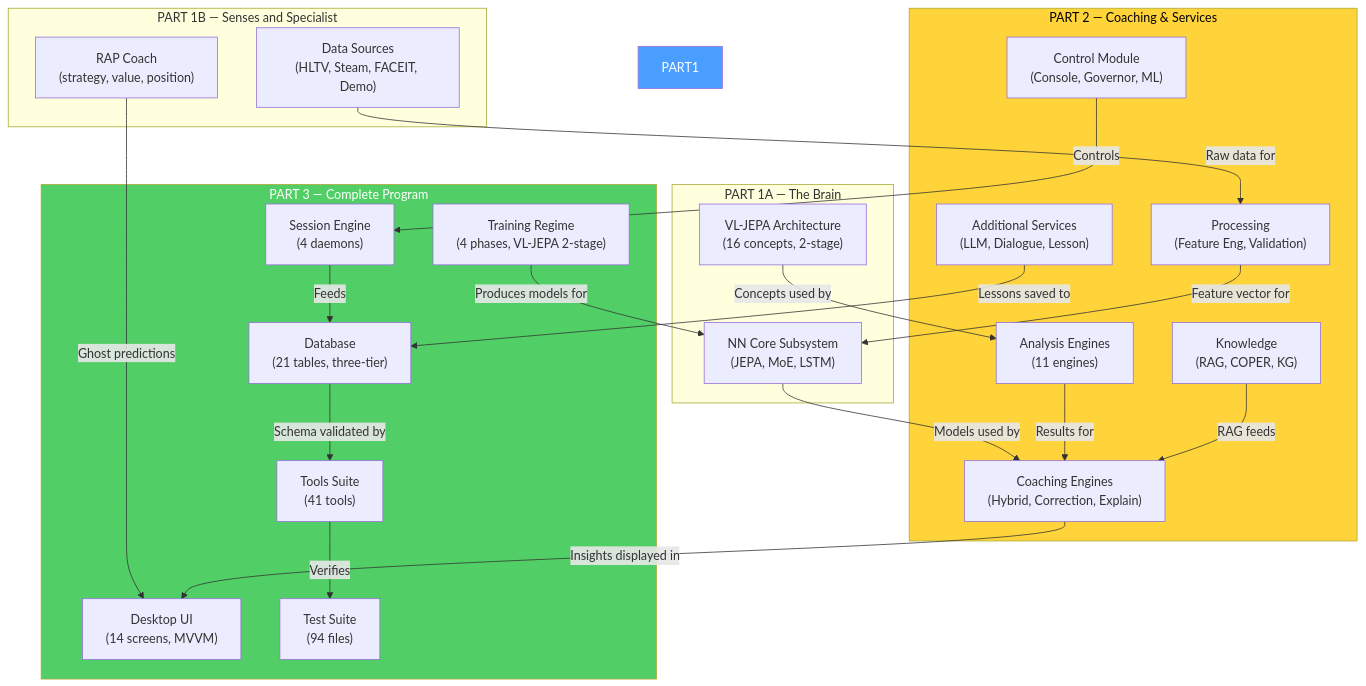
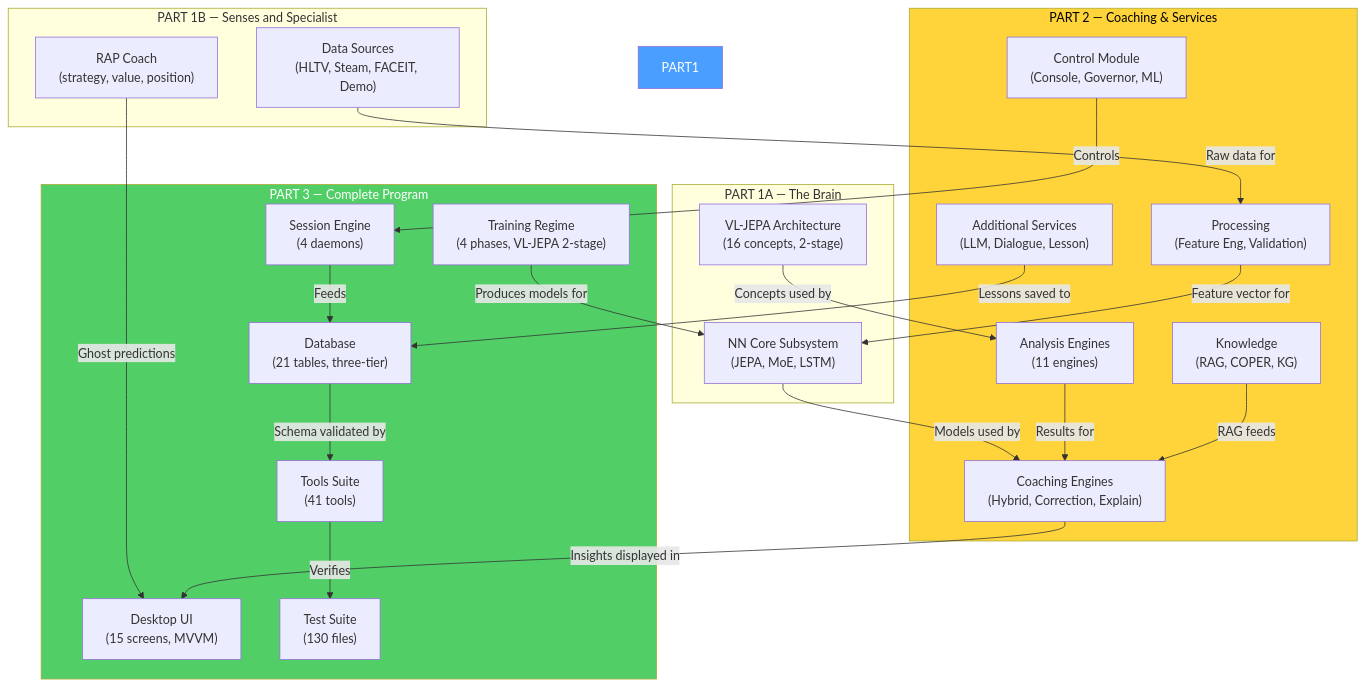
Diagram 53 of 53 in docs/books/Book-Coach-3-en.md (renanaugustomacena-ux/Counter-Strike-coach-AI), drawn with Mermaid before and after one commit. The commit also changed other lines of this file and 2 other files, not shown here.

First line of the commit message:
docs: update Book-Coach-3 trilogy — remove Kivy, fix screen/test counts

````diff
--- a/docs/books/Book-Coach-3-en.md
+++ b/docs/books/Book-Coach-3-en.md
@@ -3038,46 +2954,46 @@
 ```mermaid
 flowchart TB
     subgraph PART1A["PART 1A — The Brain"]
         P1_NN["NN Core Subsystem<br/>(JEPA, MoE, LSTM)"]
         P1_VL["VL-JEPA Architecture<br/>(16 concepts, 2-stage)"]
     end
     subgraph PART1B["PART 1B — Senses and Specialist"]
         P1_RAP["RAP Coach<br/>(strategy, value, position)"]
         P1_DS["Data Sources<br/>(HLTV, Steam, FACEIT, Demo)"]
     end
     subgraph PART2["PART 2 — Coaching & Services"]
         P2_CE["Coaching Engines<br/>(Hybrid, Correction, Explain)"]
         P2_SV["Additional Services<br/>(LLM, Dialogue, Lesson)"]
         P2_AN["Analysis Engines<br/>(11 engines)"]
         P2_KN["Knowledge<br/>(RAG, COPER, KG)"]
         P2_PR["Processing<br/>(Feature Eng, Validation)"]
         P2_CT["Control Module<br/>(Console, Governor, ML)"]
     end
     subgraph PART3["PART 3 — Complete Program"]
         P3_DB["Database<br/>(21 tables, three-tier)"]
         P3_TR["Training Regime<br/>(4 phases, VL-JEPA 2-stage)"]
-        P3_UI["Desktop UI<br/>(14 screens, MVVM)"]
+        P3_UI["Desktop UI<br/>(15 screens, MVVM)"]
         P3_SE["Session Engine<br/>(4 daemons)"]
         P3_TL["Tools Suite<br/>(41 tools)"]
-        P3_TS["Test Suite<br/>(94 files)"]
+        P3_TS["Test Suite<br/>(130 files)"]
     end
 
     P1_NN -->|"Models used by"| P2_CE
     P1_VL -->|"Concepts used by"| P2_AN
     P1_RAP -->|"Ghost predictions"| P3_UI
     P1_DS -->|"Raw data for"| P2_PR
     P2_CE -->|"Insights displayed in"| P3_UI
     P2_SV -->|"Lessons saved to"| P3_DB
     P2_AN -->|"Results for"| P2_CE
     P2_KN -->|"RAG feeds"| P2_CE
     P2_PR -->|"Feature vector for"| P1_NN
     P2_CT -->|"Controls"| P3_SE
     P3_DB -->|"Schema validated by"| P3_TL
     P3_TR -->|"Produces models for"| P1_NN
     P3_SE -->|"Feeds"| P3_DB
     P3_TL -->|"Verifies"| P3_TS
 
     style PART1 fill:#4a9eff,color:#fff
     style PART2 fill:#ffd43b,color:#000
     style PART3 fill:#51cf66,color:#fff
 ```
````
